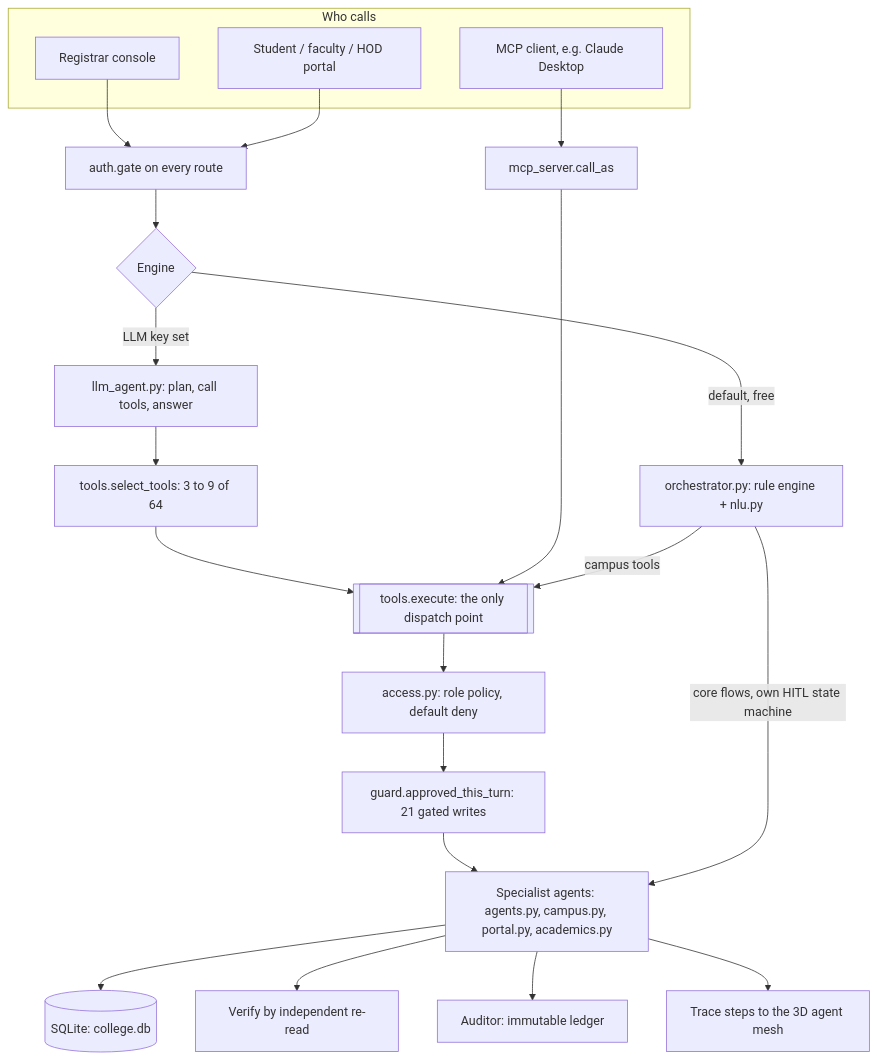
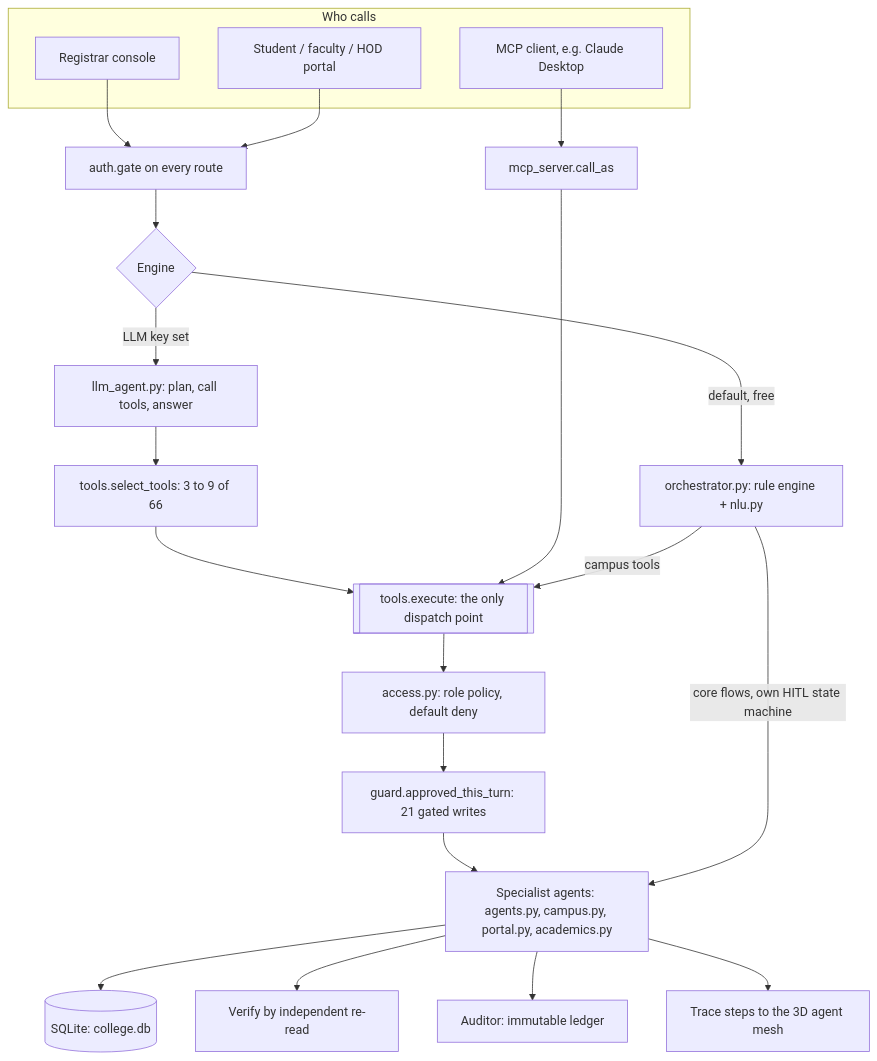
Before and after one commit to samprith02/VidyaERP: the first of 7 diagrams in README.md, drawn with Mermaid. The commit also changed other lines of this file and 14 other files, not shown here.

````diff
--- a/README.md
+++ b/README.md
@@ -204,26 +205,26 @@
 ```mermaid
 flowchart TB
   subgraph callers [Who calls]
     RC[Registrar console]
     PT[Student / faculty / HOD portal]
     MC[MCP client, e.g. Claude Desktop]
   end
   RC --> AG[auth.gate on every route]
   PT --> AG
   AG --> EN{Engine}
   EN -->|default, free| RE[orchestrator.py: rule engine + nlu.py]
   EN -->|LLM key set| LA[llm_agent.py: plan, call tools, answer]
-  LA --> TR[tools.select_tools: 3 to 9 of 64]
+  LA --> TR[tools.select_tools: 3 to 9 of 66]
   MC --> CA[mcp_server.call_as]
   TR --> EX[[tools.execute: the only dispatch point]]
   CA --> EX
   RE -->|campus tools| EX
   EX --> AC[access.py: role policy, default deny]
   AC --> GD[guard.approved_this_turn: 21 gated writes]
   GD --> SP[Specialist agents: agents.py, campus.py, portal.py, academics.py]
   RE -->|core flows, own HITL state machine| SP
   SP --> DB[(SQLite: college.db)]
   SP --> VR[Verify by independent re-read]
   SP --> AU[Auditor: immutable ledger]
   SP --> TC[Trace steps to the 3D agent mesh]
 ```
````
